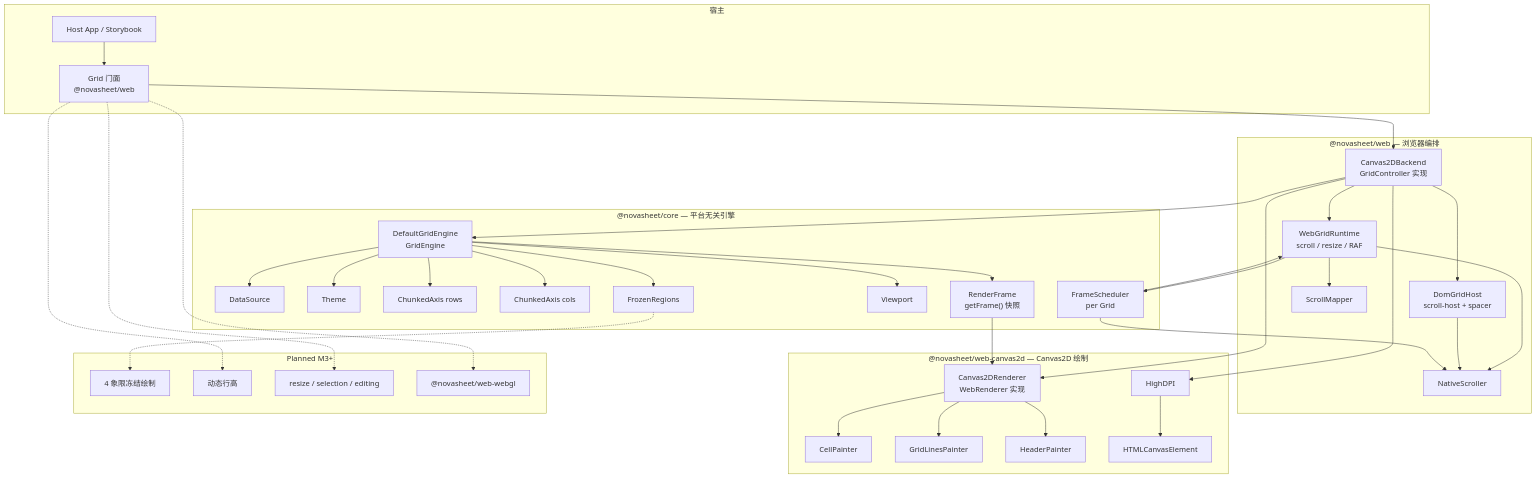
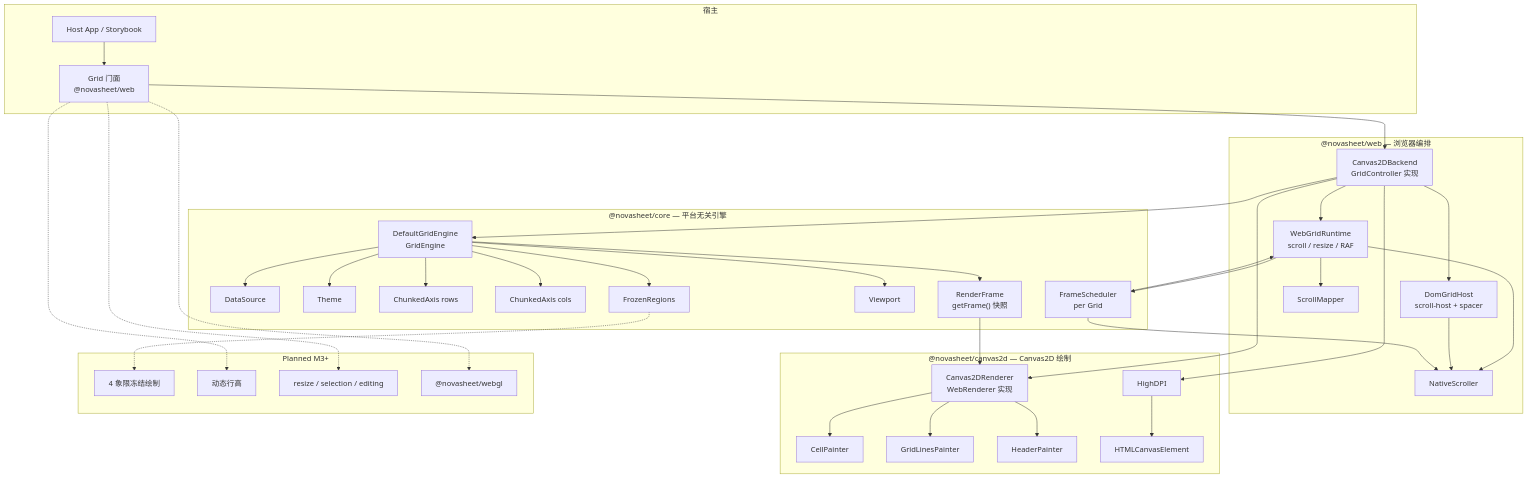
The first of 5 diagrams in docs/architecture.md (r1005410078/NovaSheet), drawn with Mermaid before and after one commit. The commit also changed other lines of this file and 59 other files, not shown here.

````diff
--- a/docs/architecture.md
+++ b/docs/architecture.md
@@ -12,51 +12,51 @@
 ```mermaid
 flowchart TB
   subgraph HostLayer["宿主"]
     App["Host App / Storybook"] --> Grid["Grid 门面<br/>@novasheet/web"]
   end
 
   subgraph WebPkg["@novasheet/web — 浏览器编排"]
     Grid --> Backend["Canvas2DBackend<br/>GridController 实现"]
     Backend --> Runtime["WebGridRuntime<br/>scroll / resize / RAF"]
     Backend --> Host["DomGridHost<br/>scroll-host + spacer"]
     Runtime --> ScrollMapper["ScrollMapper"]
     Runtime --> NS["NativeScroller"]
     Host --> NS
   end
 
-  subgraph CanvasPkg["@novasheet/web-canvas2d — Canvas2D 绘制"]
+  subgraph CanvasPkg["@novasheet/canvas2d — Canvas2D 绘制"]
     Backend --> Renderer["Canvas2DRenderer<br/>WebRenderer 实现"]
     Backend --> HighDPI["HighDPI"]
     Renderer --> CellP["CellPainter"]
     Renderer --> LineP["GridLinesPainter"]
     Renderer --> HeadP["HeaderPainter"]
     HighDPI --> Canvas["HTMLCanvasElement"]
   end
 
   subgraph CorePkg["@novasheet/core — 平台无关引擎"]
     Backend --> Engine["DefaultGridEngine<br/>GridEngine"]
     Engine --> DS["DataSource"]
     Engine --> Theme["Theme"]
     Engine --> Rows["ChunkedAxis rows"]
     Engine --> Cols["ChunkedAxis cols"]
     Engine --> Frozen["FrozenRegions"]
     Engine --> VP["Viewport"]
     Engine --> Frame["RenderFrame<br/>getFrame() 快照"]
     Frame --> Renderer
     Runtime --> Scheduler["FrameScheduler<br/>per Grid"]
     Scheduler --> Runtime
     Scheduler --> NS
   end
 
   subgraph Future["Planned M3+"]
     FrozenM3["4 象限冻结绘制"]
     DynamicH["动态行高"]
     Interaction["resize / selection / editing"]
-    WebGL["@novasheet/web-webgl"]
+    WebGL["@novasheet/webgl"]
   end
 
   Frozen -.-> FrozenM3
   Grid -.-> DynamicH
   Grid -.-> Interaction
   Grid -.-> WebGL
 ```
````
